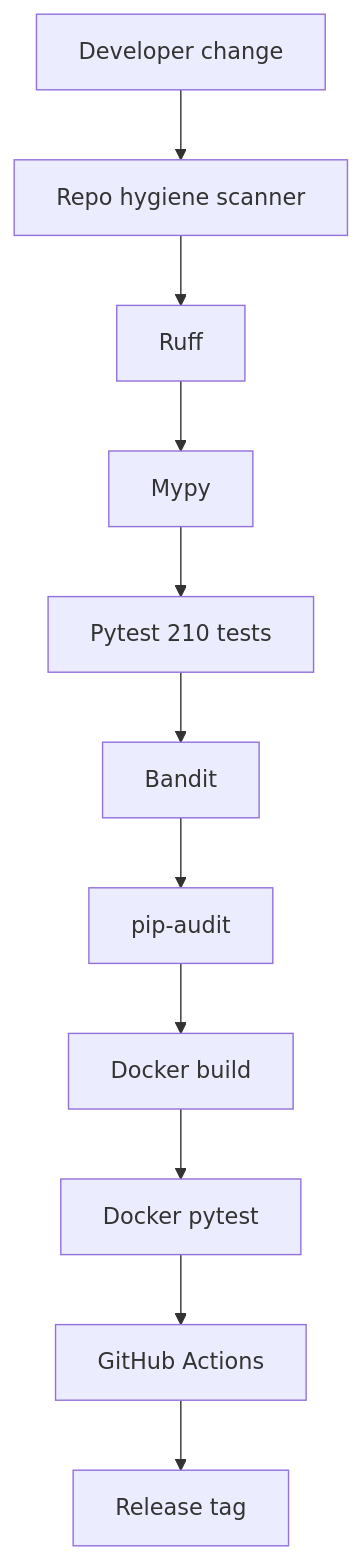
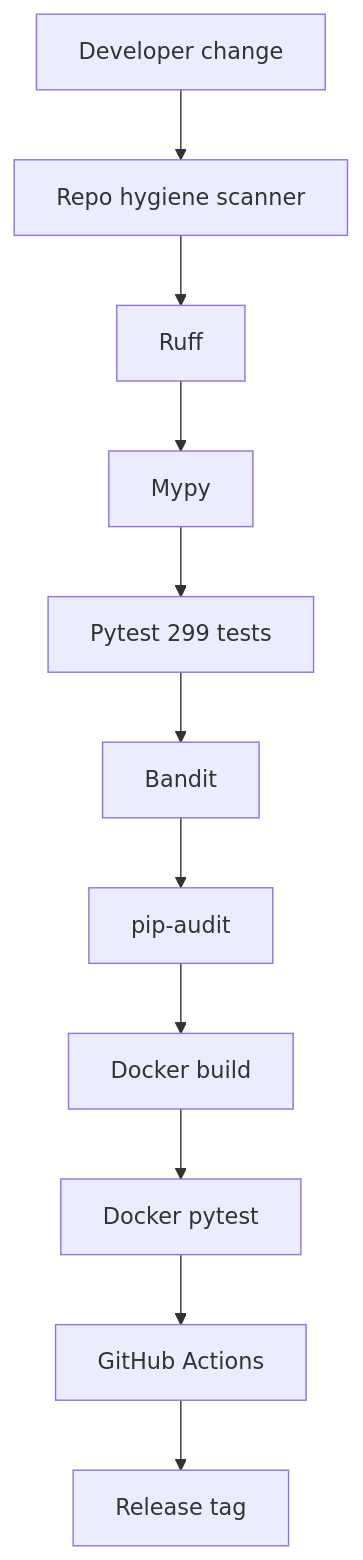
Before and after one commit to codethor0/llm-agent-control-plane-lab: the fourth of 4 diagrams in README.md, drawn with Mermaid. The commit also changed other lines of this file and 8 other files, not shown here.

````diff
--- a/README.md
+++ b/README.md
@@ -188,16 +188,16 @@
 ```mermaid
 flowchart TD
   ch[Developer change]
   rh[Repo hygiene scanner]
   rf[Ruff]
   my[Mypy]
-  py[Pytest 210 tests]
+  py[Pytest 299 tests]
   bd[Bandit]
   pa[pip-audit]
   dk[Docker build]
   dt[Docker pytest]
   ga[GitHub Actions]
   rel[Release tag]
 
   ch --> rh --> rf --> my --> py --> bd --> pa --> dk --> dt --> ga --> rel
 ```
````
